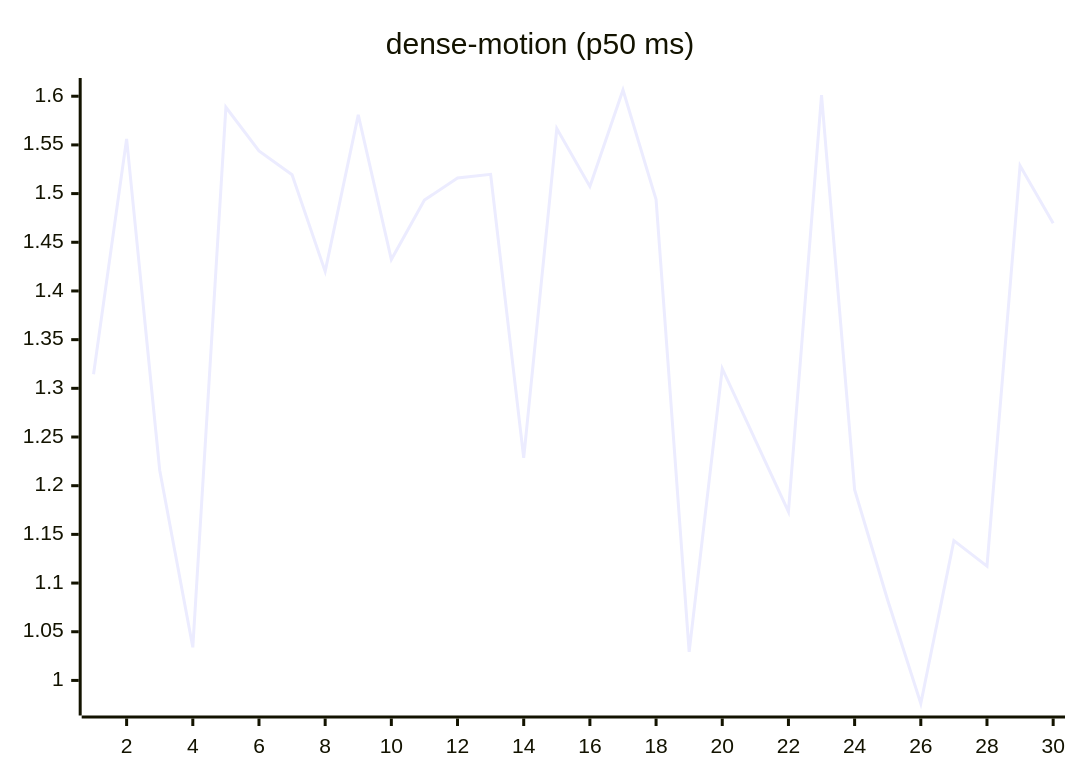
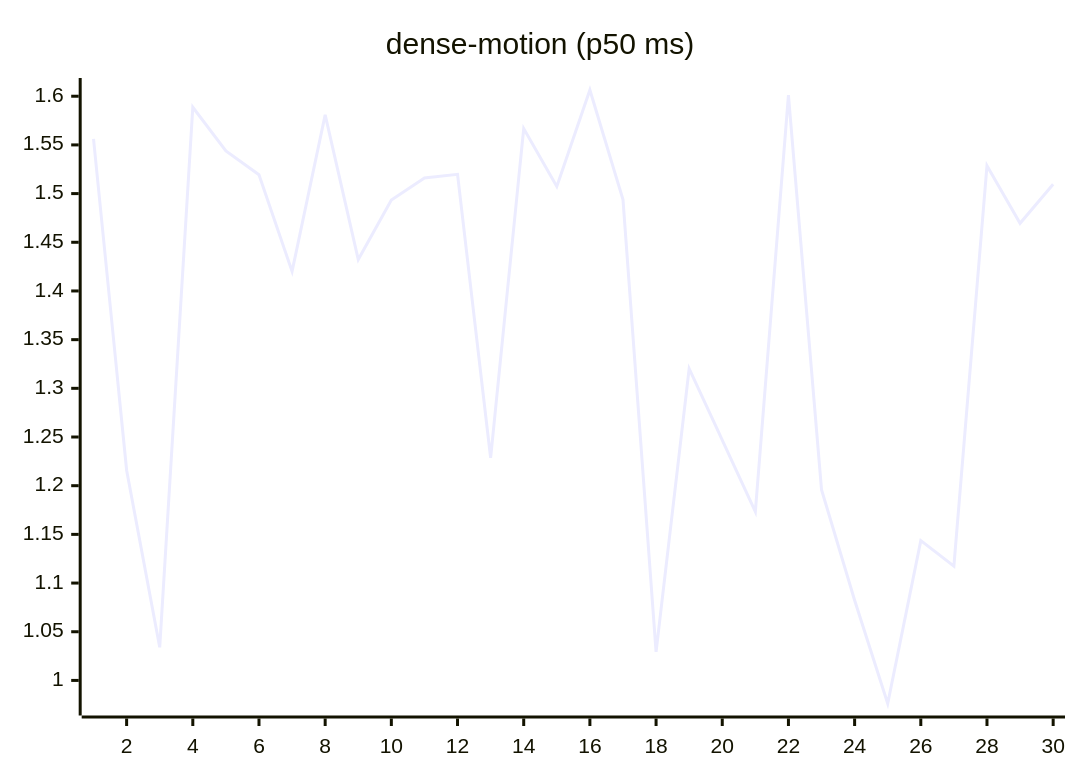
The ninth of 27 diagrams in README.md (josha/Facet), drawn with Mermaid before and after one commit. The commit also changed other lines of this file and 2 other files, not shown here.

````diff
--- a/README.md
+++ b/README.md
@@ -119,6 +119,6 @@
 ```mermaid
 xychart-beta
     title "dense-motion (p50 ms)"
     x-axis 1 --> 30
-    line [1.3144, 1.5562, 1.2159, 1.0340, 1.5887, 1.5438, 1.5193, 1.4201, 1.5809, 1.4323, 1.4933, 1.5160, 1.5198, 1.2285, 1.5668, 1.5073, 1.6064, 1.4938, 1.0293, 1.3202, 1.2469, 1.1733, 1.6011, 1.1959, 1.0823, 0.9763, 1.1436, 1.1174, 1.5286, 1.4695]
+    line [1.5562, 1.2159, 1.0340, 1.5887, 1.5438, 1.5193, 1.4201, 1.5809, 1.4323, 1.4933, 1.5160, 1.5198, 1.2285, 1.5668, 1.5073, 1.6064, 1.4938, 1.0293, 1.3202, 1.2469, 1.1733, 1.6011, 1.1959, 1.0823, 0.9763, 1.1436, 1.1174, 1.5286, 1.4695, 1.5096]
 ```
````
